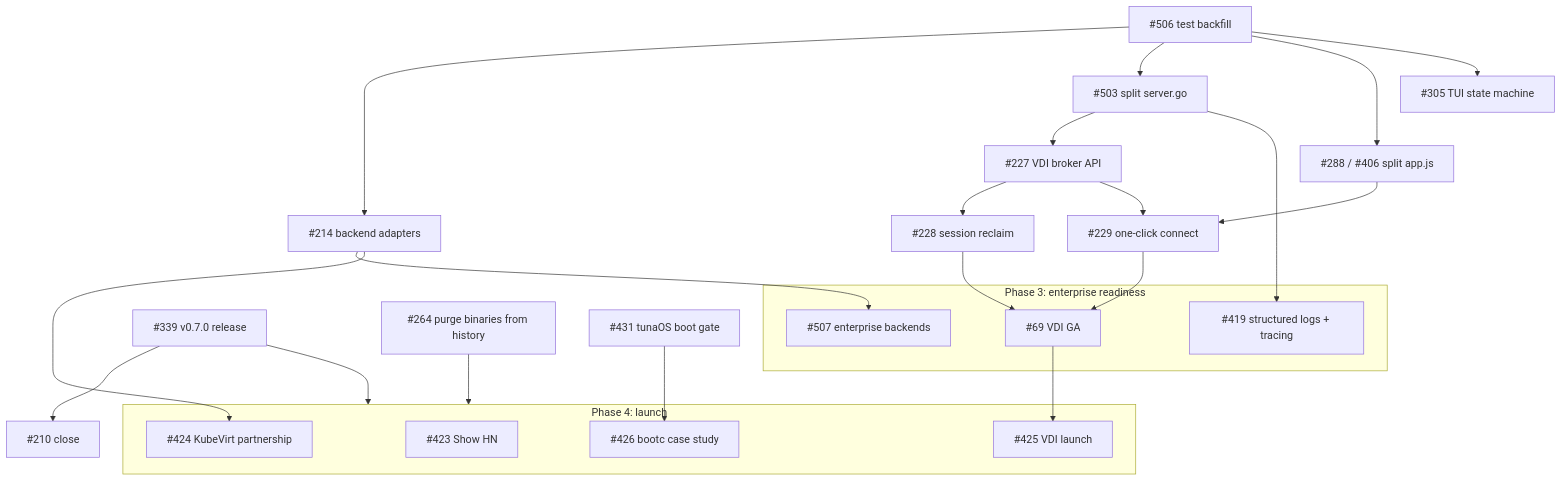
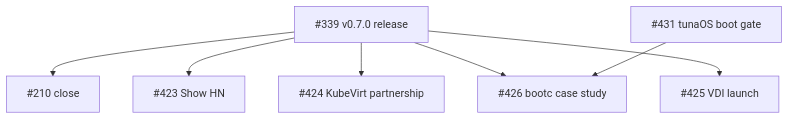
Before and after one commit to tuna-os/corral: the diagram in ROADMAP.md, drawn with Mermaid. The commit also changed other lines of this file and 1 other file, not shown here.

Commit message:
docs: final v0.7.0 notes and roadmap after Phase 2-3

````diff
--- a/ROADMAP.md
+++ b/ROADMAP.md
@@ -47,32 +47,9 @@
 ```mermaid
 flowchart TD
-  P1A["#339 v0.7.0 release"] --> P1B["#210 close"]
-  P1H["#264 purge binaries from history"] --> P5
-  P1A --> P5
-  T["#506 test backfill"] --> R1["#214 backend adapters"]
-  T --> R2["#503 split server.go"]
-  T --> R3["#288 / #406 split app.js"]
-  T --> R4["#305 TUI state machine"]
-  R1 --> E1["#507 enterprise backends"]
-  R2 --> V1["#227 VDI broker API"]
-  R2 --> O1["#419 structured logs + tracing"]
-  V1 --> V2["#228 session reclaim"]
-  V1 --> V3["#229 one-click connect"]
-  R3 --> V3
-  V2 & V3 --> VGA["#69 VDI GA"]
-  BG["#431 tunaOS boot gate"]
-  subgraph P3["Phase 3: enterprise readiness"]
-    E1
-    VGA
-    O1
-  end
-  subgraph P5["Phase 4: launch"]
-    L1["#423 Show HN"]
-    L2["#426 bootc case study"]
-    L3["#425 VDI launch"]
-    L4["#424 KubeVirt partnership"]
-  end
-  BG --> L2
-  VGA --> L3
-  R1 --> L4
+  R["#339 v0.7.0 release"] --> C["#210 close"]
+  R --> L1["#423 Show HN"]
+  R --> L4["#424 KubeVirt partnership"]
+  R --> L2["#426 bootc case study"]
+  R --> L3["#425 VDI launch"]
+  BG["#431 tunaOS boot gate"] --> L2
 ```
````
